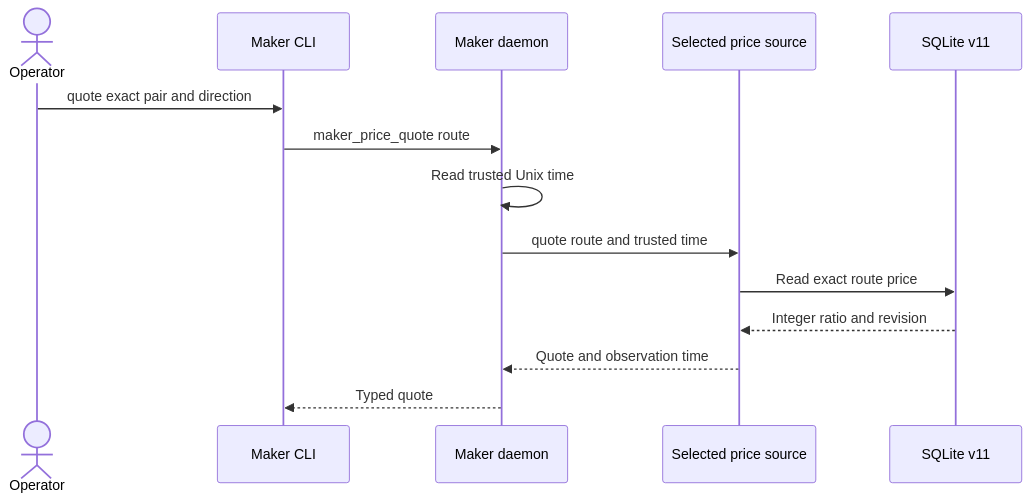
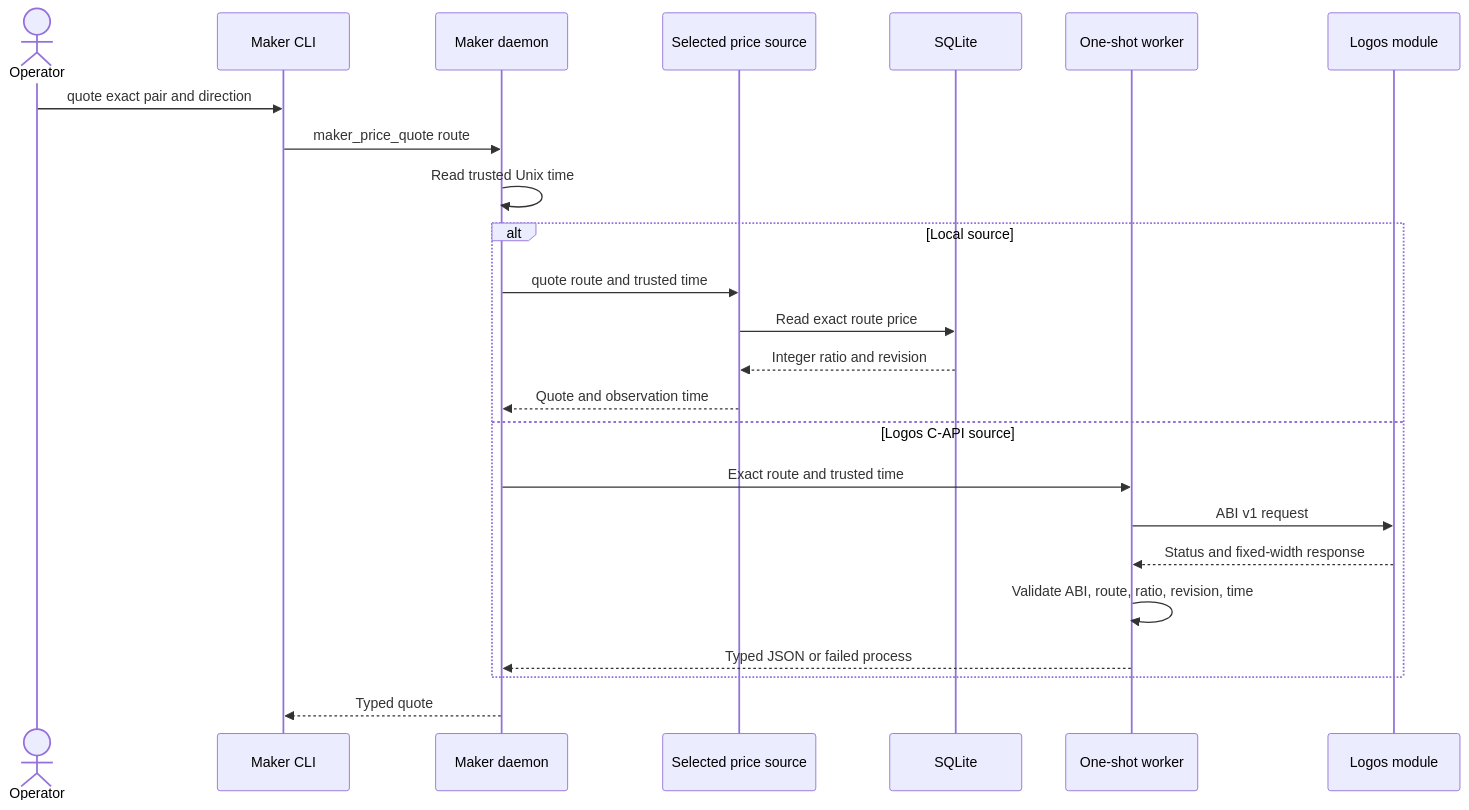
Before and after one commit to gateway-fm/lez-atomic-swaps: the second of 2 diagrams in docs/architecture/0081-pluggable-maker-price-source.md, drawn with Mermaid. The commit also changed other lines of this file and 14 other files, not shown here.

Commit message:
feat(m5): isolate Logos price C API

````diff
--- a/docs/architecture/0081-pluggable-maker-price-source.md
+++ b/docs/architecture/0081-pluggable-maker-price-source.md
@@ -35,17 +41,27 @@
 ```mermaid
 sequenceDiagram
     actor Operator
     participant CLI as Maker CLI
     participant Daemon as Maker daemon
     participant Source as Selected price source
-    participant DB as SQLite v11
+    participant DB as SQLite
+    participant Worker as One-shot worker
+    participant Module as Logos module
 
     Operator->>CLI: quote exact pair and direction
     CLI->>Daemon: maker_price_quote route
     Daemon->>Daemon: Read trusted Unix time
-    Daemon->>Source: quote route and trusted time
-    Source->>DB: Read exact route price
-    DB-->>Source: Integer ratio and revision
-    Source-->>Daemon: Quote and observation time
+    alt Local source
+        Daemon->>Source: quote route and trusted time
+        Source->>DB: Read exact route price
+        DB-->>Source: Integer ratio and revision
+        Source-->>Daemon: Quote and observation time
+    else Logos C-API source
+        Daemon->>Worker: Exact route and trusted time
+        Worker->>Module: ABI v1 request
+        Module-->>Worker: Status and fixed-width response
+        Worker->>Worker: Validate ABI, route, ratio, revision, time
+        Worker-->>Daemon: Typed JSON or failed process
+    end
     Daemon-->>CLI: Typed quote
 ```
````
